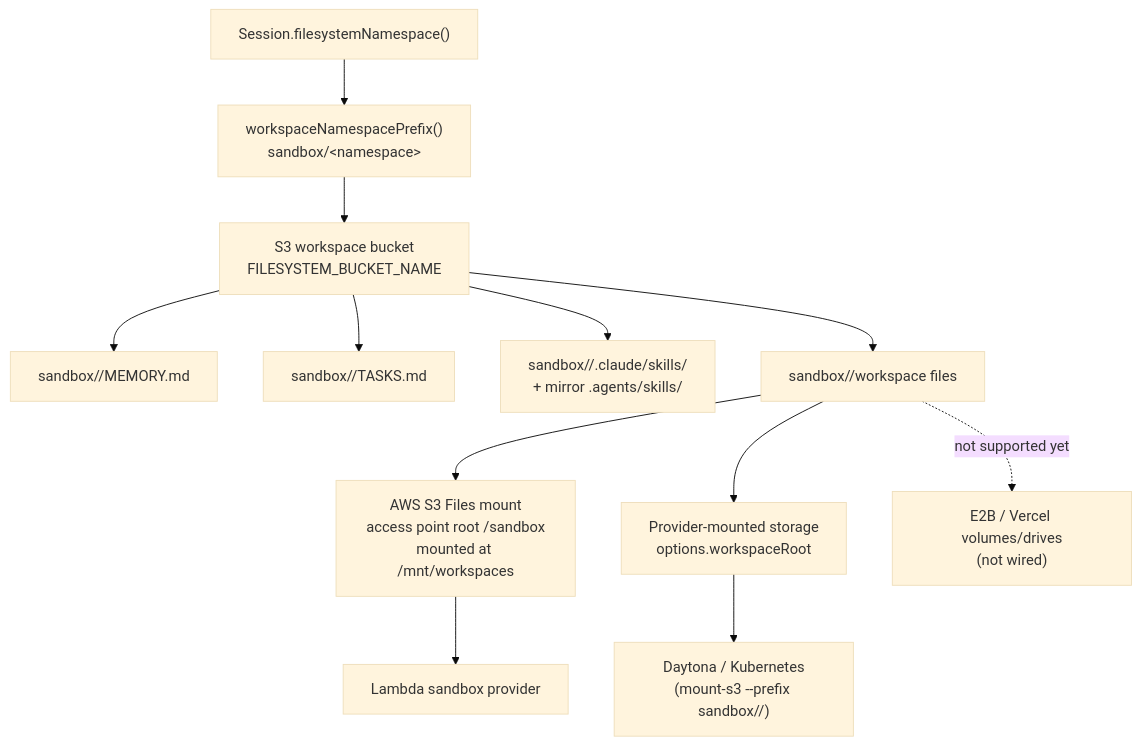
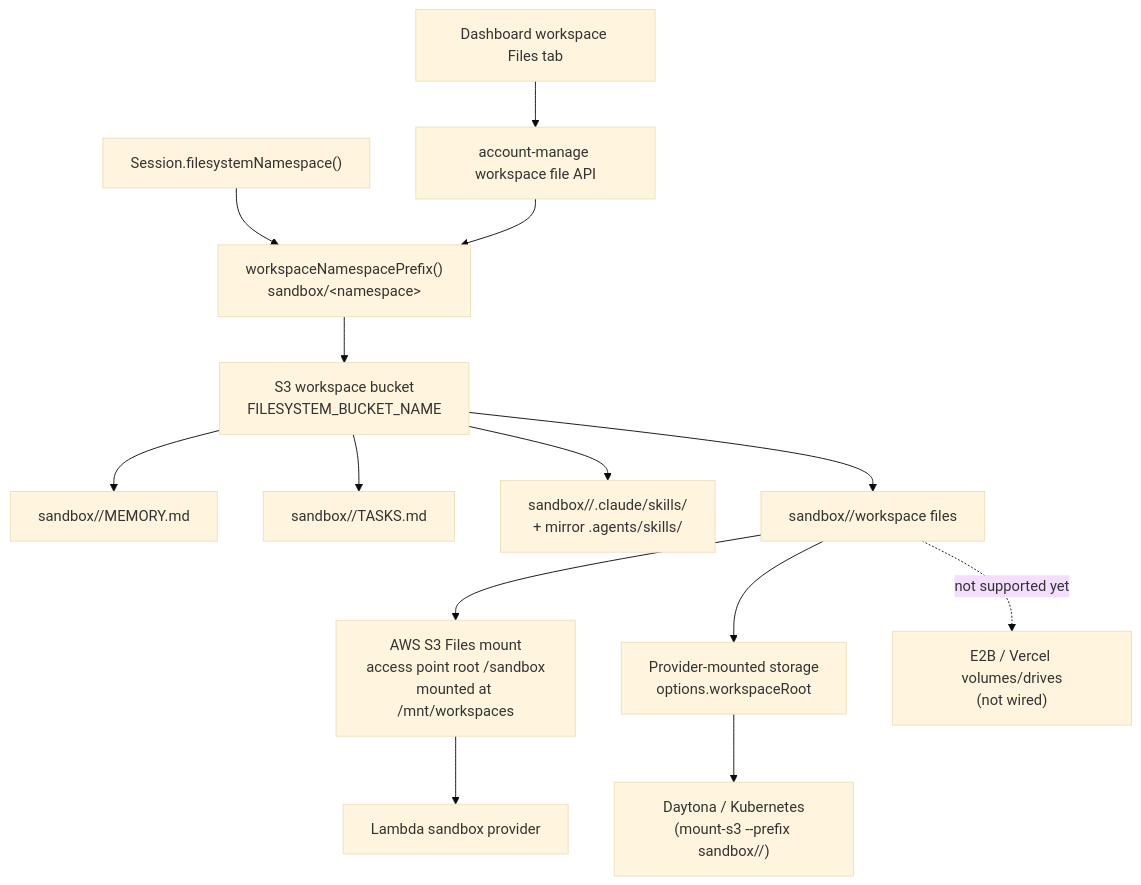
One commit to beeblastco/broods changed the diagram in apps/docs/docs/workspace/storage.md. Above: the diagram before and after it, drawn with Mermaid (base theme). The commit also changed other lines of this file and 13 other files, not shown here.

First line of the commit message:
feat: Enhance workspace file management and API integration

````diff
--- a/apps/docs/docs/workspace/storage.md
+++ b/apps/docs/docs/workspace/storage.md
@@ -34,14 +34,16 @@
 ```mermaid
 flowchart TD
   Namespace["Session.filesystemNamespace()"] --> Prefix["workspaceNamespacePrefix()<br/>sandbox/&lt;namespace&gt;"]
   Prefix --> S3["S3 workspace bucket<br/>FILESYSTEM_BUCKET_NAME"]
+  Dashboard["Dashboard workspace Files tab"] --> AccountApi["account-manage workspace file API"]
+  AccountApi --> Prefix
   S3 --> Memory["sandbox/<namespace>/MEMORY.md"]
   S3 --> Tasks["sandbox/<namespace>/TASKS.md"]
   S3 --> Skills["sandbox/<namespace>/.claude/skills/<name><br/>+ mirror .agents/skills/<name>"]
   S3 --> Files["sandbox/<namespace>/workspace files"]
   Files --> S3Files["AWS S3 Files mount<br/>access point root /sandbox<br/>mounted at /mnt/workspaces"]
   S3Files --> Lambda["Lambda sandbox provider"]
   Files --> ExternalMount["Provider-mounted storage<br/>options.workspaceRoot"]
   ExternalMount --> Daytona["Daytona / Kubernetes<br/>(mount-s3 --prefix sandbox/<namespace>/)"]
   Files -.->|"not supported yet"| NativeFS["E2B / Vercel volumes/drives<br/>(not wired)"]
 ```
````
